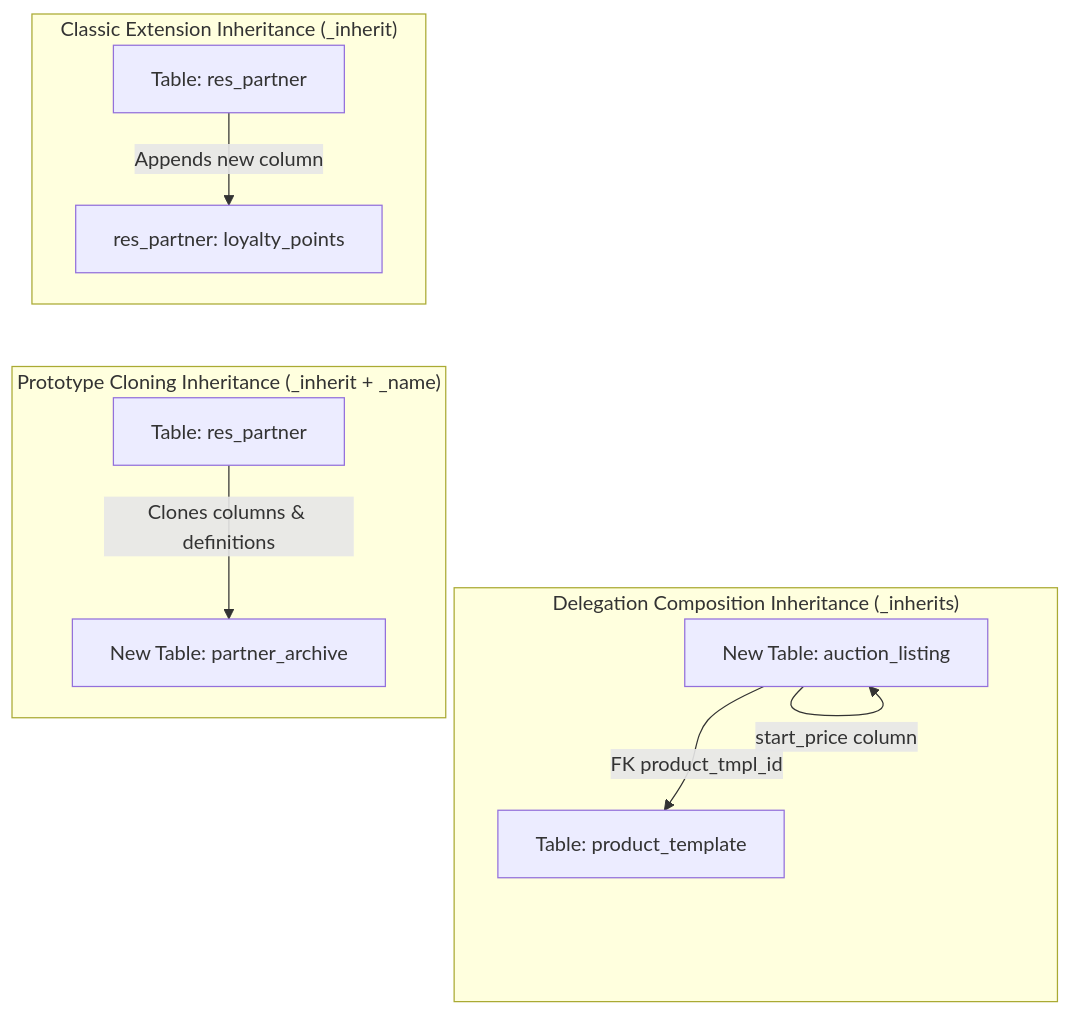
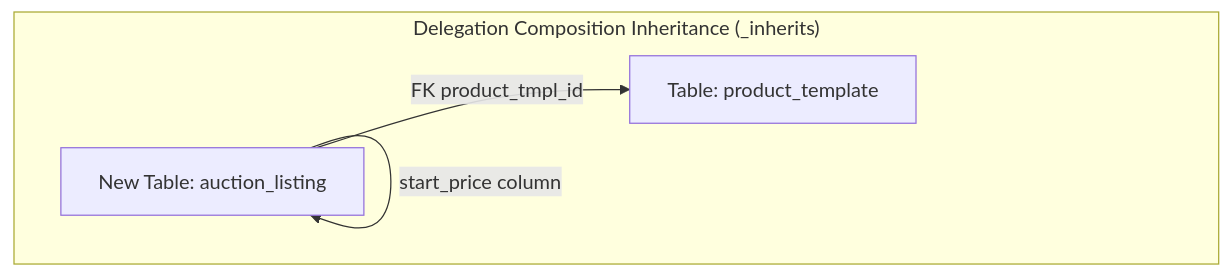
One commit to Kashyap-001/odoo19-docs changed the third of 4 diagrams in docs/business/inheritance.md. Above: the diagram before and after it, drawn with Mermaid. The commit also changed 2 other files, not shown here.

Commit message:
style: split wide independent diagrams into separate Mermaid code blocks to guarantee perfect vertical stacking

````diff
--- a/docs/business/inheritance.md
+++ b/docs/business/inheritance.md
@@ -113,20 +127,8 @@
 ```mermaid
 graph TD
-    subgraph "Classic Extension Inheritance (_inherit)"
-        C1[Table: res_partner] -->|Appends new column| C2[res_partner: loyalty_points]
-    end
-
-    subgraph "Prototype Cloning Inheritance (_inherit + _name)"
-        P1[Table: res_partner] -->|Clones columns & definitions| P2[New Table: partner_archive]
-    end
-
     subgraph "Delegation Composition Inheritance (_inherits)"
         D1[Table: product_template]
         D2[New Table: auction_listing] -->|FK product_tmpl_id| D1
         D2 -->|start_price column| D2
     end
-
-    %% Force vertical stacking of subgraphs
-    C2 ~~~ P1
-    P2 ~~~ D1
 ```
````
